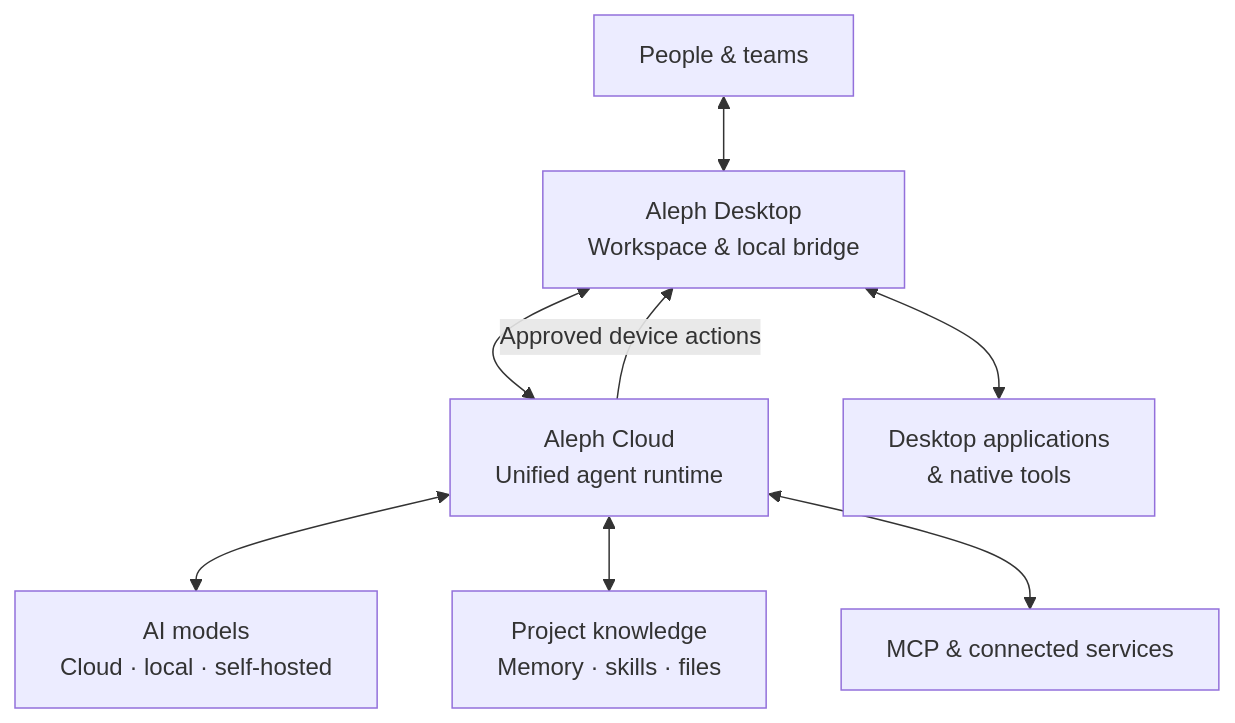
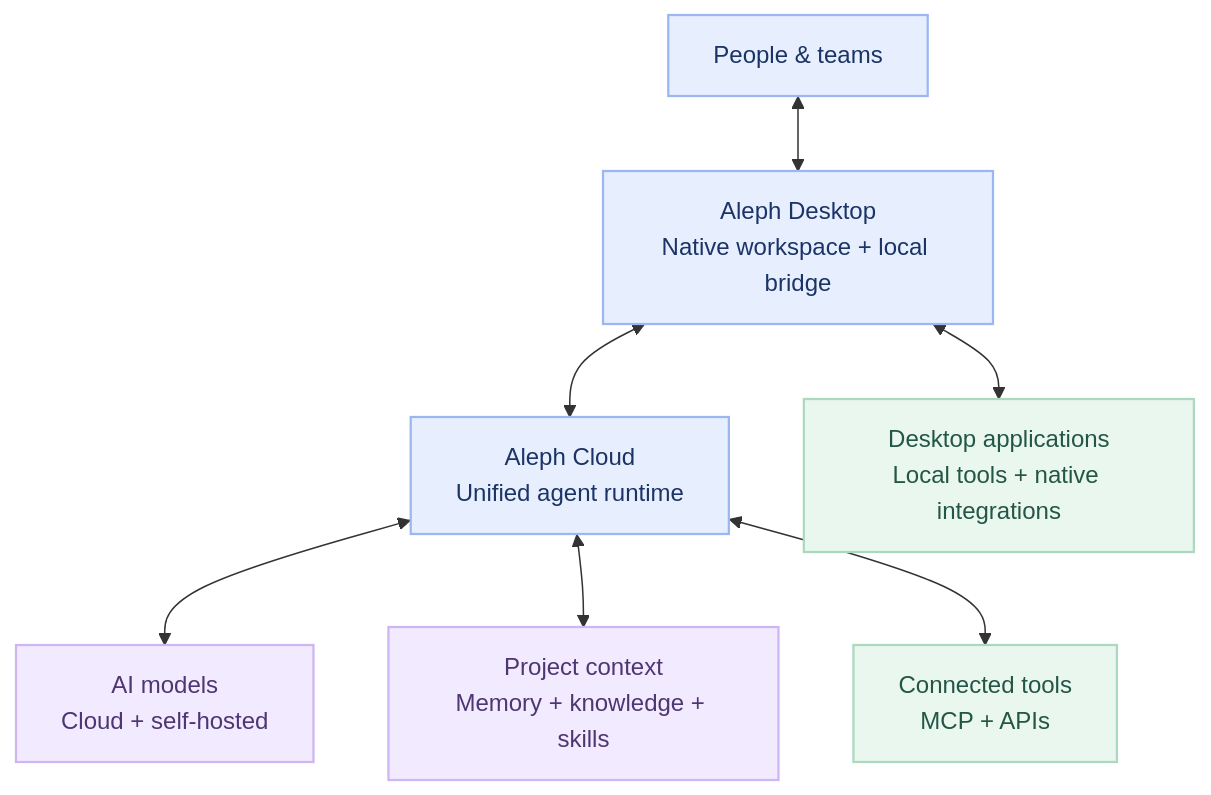
The diagram in profile/README.md (alephhq-tech/.github), drawn with Mermaid before and after one commit. The commit also changed other lines of this file and 5 other files, not shown here.

````diff
--- a/profile/README.md
+++ b/profile/README.md
@@ -47,10 +86,15 @@
-```mermaid
-flowchart TB
-    U["People & teams"] <--> D["Aleph Desktop<br/>Workspace & local bridge"]
-    D <--> C["Aleph Cloud<br/>Unified agent runtime"]
-    C <--> M["AI models<br/>Cloud · local · self-hosted"]
-    C <--> K["Project knowledge<br/>Memory · skills · files"]
-    C <--> T["MCP & connected services"]
-    C -->|"Approved device actions"| D
-    D <--> A["Desktop applications<br/>& native tools"]
-```
+  ```mermaid
+  flowchart TB
+      U["People & teams"] <--> D["Aleph Desktop<br/>Native workspace + local bridge"]
+      D <--> C["Aleph Cloud<br/>Unified agent runtime"]
+      C <--> M["AI models<br/>Cloud + self-hosted"]
+      C <--> K["Project context<br/>Memory + knowledge + skills"]
+      C <--> T["Connected tools<br/>MCP + APIs"]
+      D <--> A["Desktop applications<br/>Local tools + native integrations"]
+      classDef blue fill:#e7efff,color:#1b3365,stroke:#9bb7f2,stroke-width:1.5px;
+      classDef lavender fill:#f2eaff,color:#4d3672,stroke:#cdb6f1,stroke-width:1.5px;
+      classDef mint fill:#e9f7ef,color:#245647,stroke:#aad9c0,stroke-width:1.5px;
+      class U,D,C blue;
+      class M,K lavender;
+      class T,A mint;
+  ```
````
